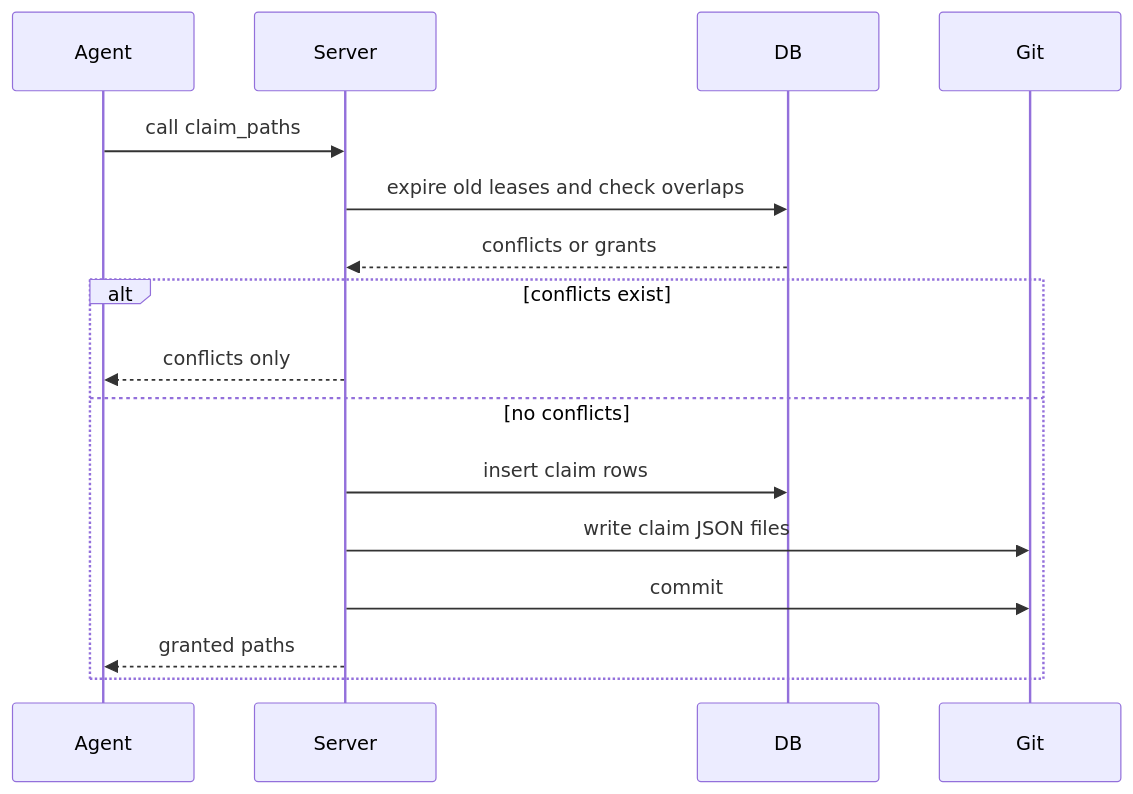
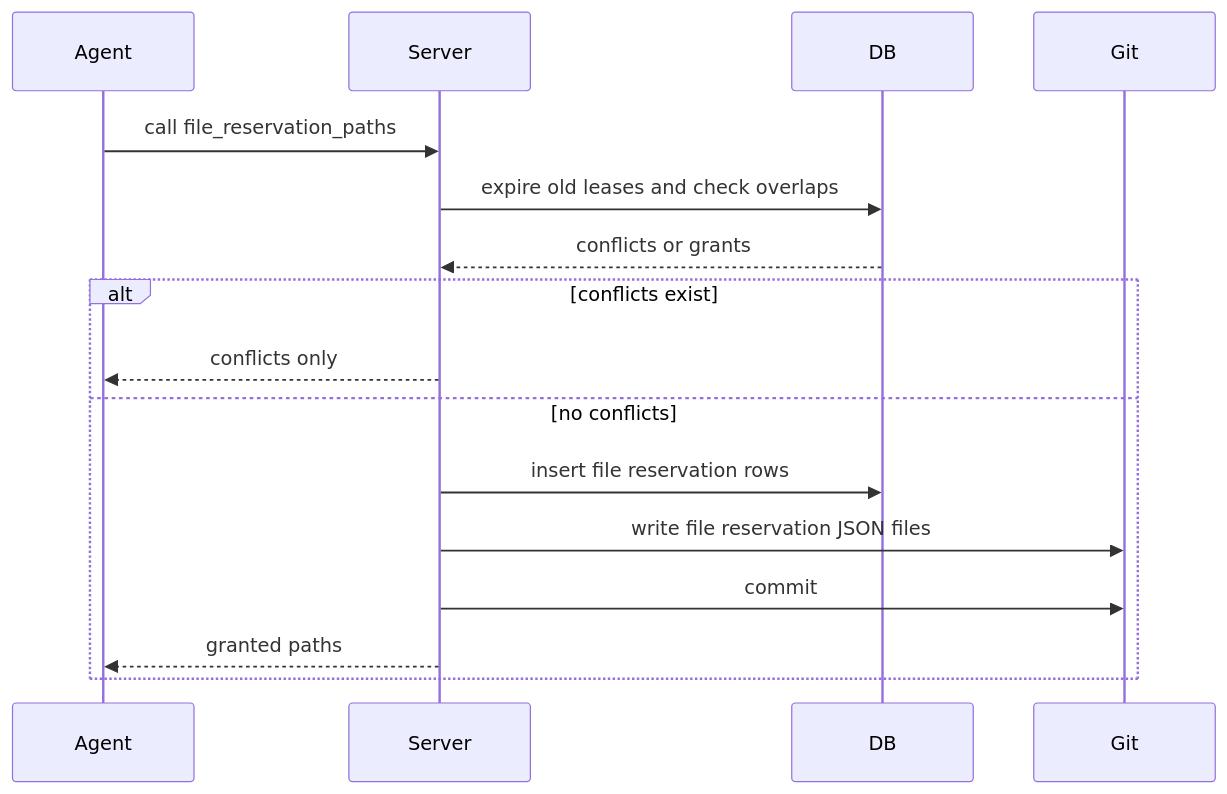
One commit to Dicklesworthstone/mcp_agent_mail changed the third of 4 diagrams in README.md. Above: the diagram before and after it, drawn with Mermaid. The commit also changed other lines of this file and 15 other files, not shown here.

````diff
--- a/README.md
+++ b/README.md
@@ -357,19 +359,19 @@
 ```mermaid
 sequenceDiagram
   participant Agent
   participant Server
   participant DB
   participant Git
 
-  Agent->>Server: call claim_paths
+  Agent->>Server: call file_reservation_paths
   Server->>DB: expire old leases and check overlaps
   DB-->>Server: conflicts or grants
   alt conflicts exist
     Server-->>Agent: conflicts only
   else no conflicts
-    Server->>DB: insert claim rows
-    Server->>Git: write claim JSON files
+    Server->>DB: insert file reservation rows
+    Server->>Git: write file reservation JSON files
     Server->>Git: commit
     Server-->>Agent: granted paths
   end
 ```
````
